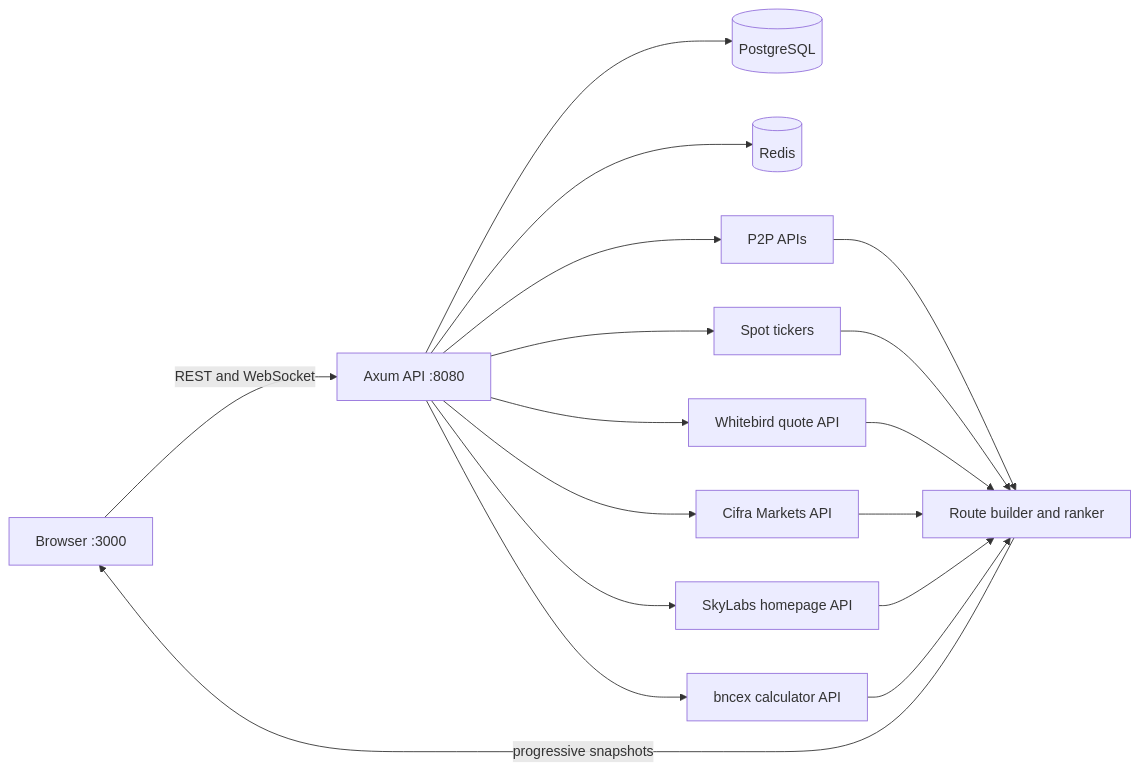
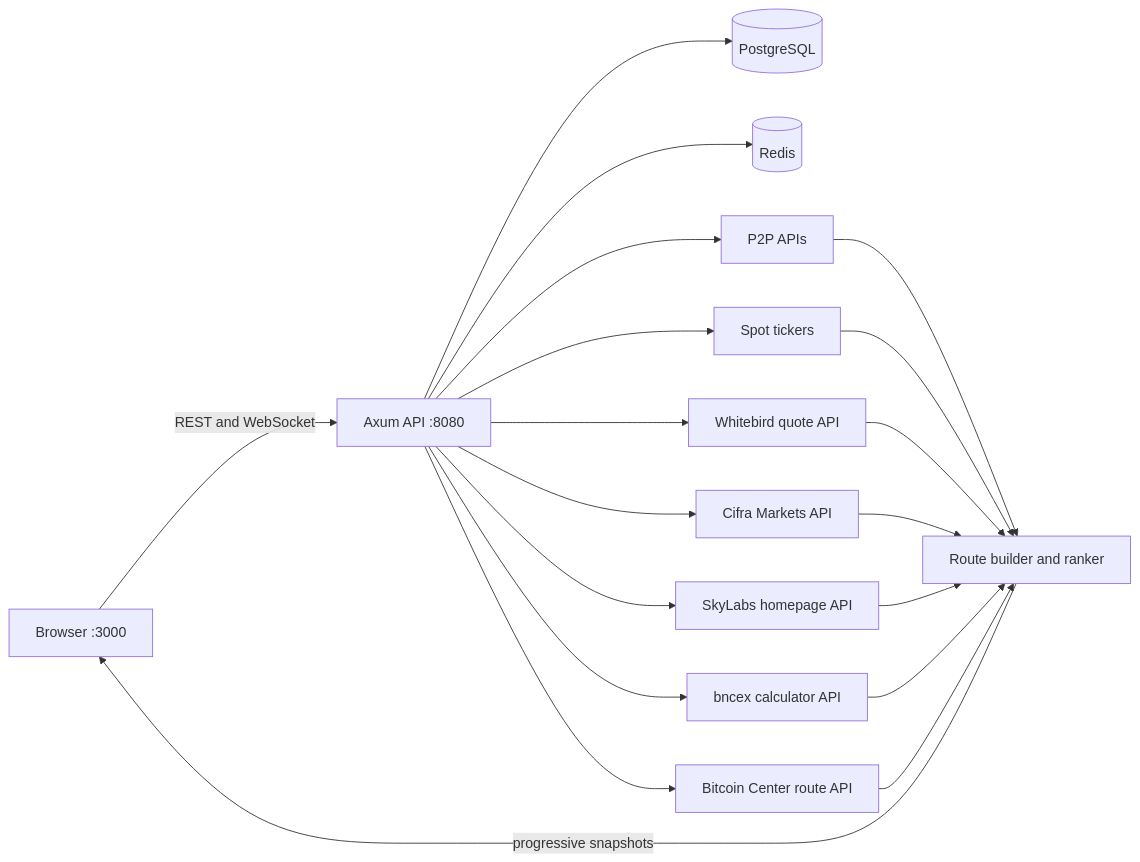
One commit to Flow3Pay/pay3flow changed the diagram in README.md. Above: the diagram before and after it, drawn with Mermaid. The commit also changed other lines of this file and 8 other files, not shown here.

Commit message:
Add Bitcoin Center AMD USDT provider

````diff
--- a/README.md
+++ b/README.md
@@ -62,19 +63,21 @@
 ```mermaid
 flowchart LR
     browser[Browser :3000] -->|REST and WebSocket| api[Axum API :8080]
     api --> postgres[(PostgreSQL)]
     api --> redis[(Redis)]
     api --> p2p[P2P APIs]
     api --> spot[Spot tickers]
     api --> whitebird[Whitebird quote API]
     api --> cifra[Cifra Markets API]
     api --> skylabs[SkyLabs homepage API]
     api --> bncex[bncex calculator API]
+    api --> bitcoincenter[Bitcoin Center route API]
     p2p --> ranker[Route builder and ranker]
     spot --> ranker
     whitebird --> ranker
     cifra --> ranker
     skylabs --> ranker
     bncex --> ranker
+    bitcoincenter --> ranker
     ranker -->|progressive snapshots| browser
 ```
````
